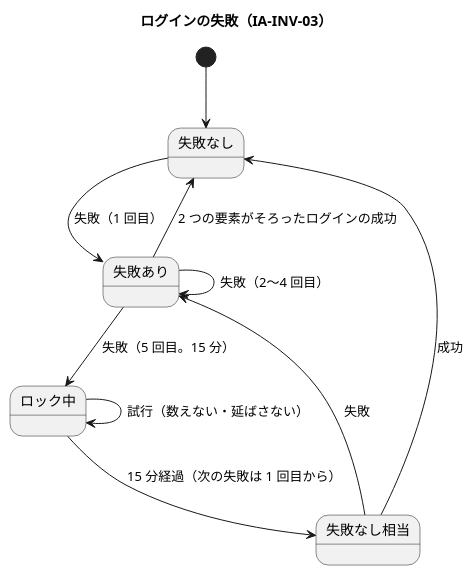
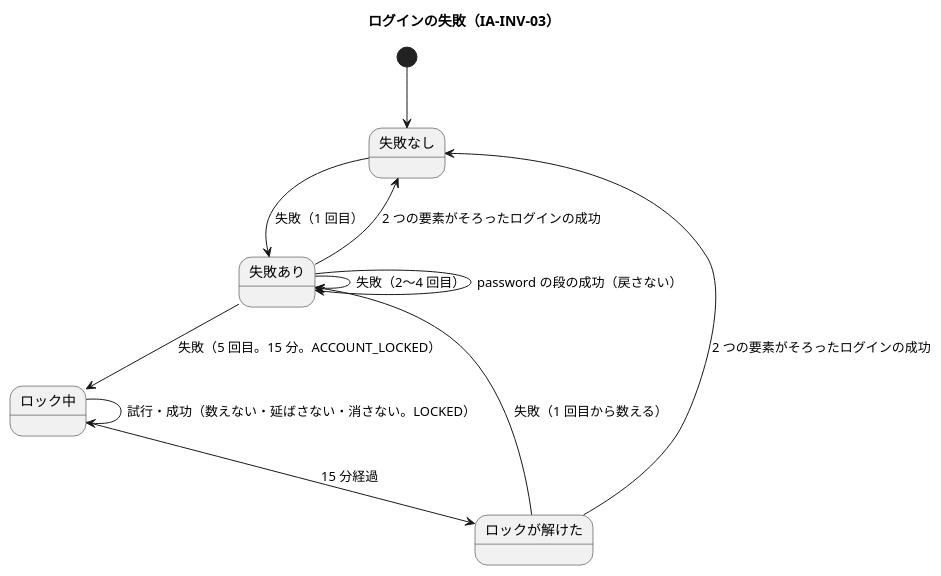
One commit to k2works/practical-domain-driven-design-in-enterpris-application changed the second of 4 diagrams in docs/development/cargo-tracker/bolt_32_plan.md. Above: the diagram before and after it, drawn with PlantUML. The commit also changed other lines of this file and 4 other files, not shown here.

````diff
--- a/docs/development/cargo-tracker/bolt_32_plan.md
+++ b/docs/development/cargo-tracker/bolt_32_plan.md
@@ -134,14 +138,15 @@
 ```plantuml
 @startuml
 title ログインの失敗（IA-INV-03）
 [*] --> 失敗なし
 失敗なし --> 失敗あり : 失敗（1 回目）
 失敗あり --> 失敗あり : 失敗（2〜4 回目）
-失敗あり --> ロック中 : 失敗（5 回目。15 分）
+失敗あり --> 失敗あり : password の段の成功（戻さない）
+失敗あり --> ロック中 : 失敗（5 回目。15 分。ACCOUNT_LOCKED）
 失敗あり --> 失敗なし : 2 つの要素がそろったログインの成功
-ロック中 --> ロック中 : 試行（数えない・延ばさない）
-ロック中 --> 失敗なし相当 : 15 分経過（次の失敗は 1 回目から）
-失敗なし相当 --> 失敗あり : 失敗
-失敗なし相当 --> 失敗なし : 成功
+ロック中 --> ロック中 : 試行・成功（数えない・延ばさない・消さない。LOCKED）
+ロック中 --> ロックが解けた : 15 分経過
+ロックが解けた --> 失敗あり : 失敗（1 回目から数える）
+ロックが解けた --> 失敗なし : 2 つの要素がそろったログインの成功
 @enduml
 ```
````
